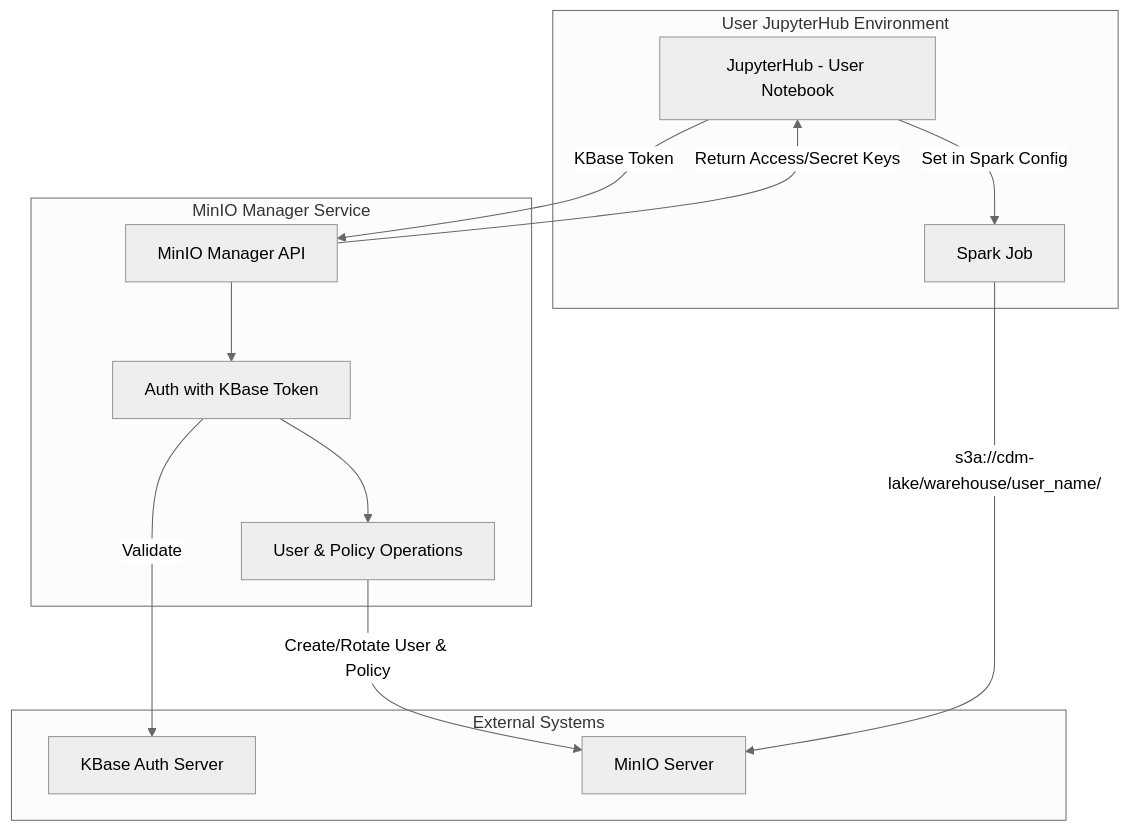
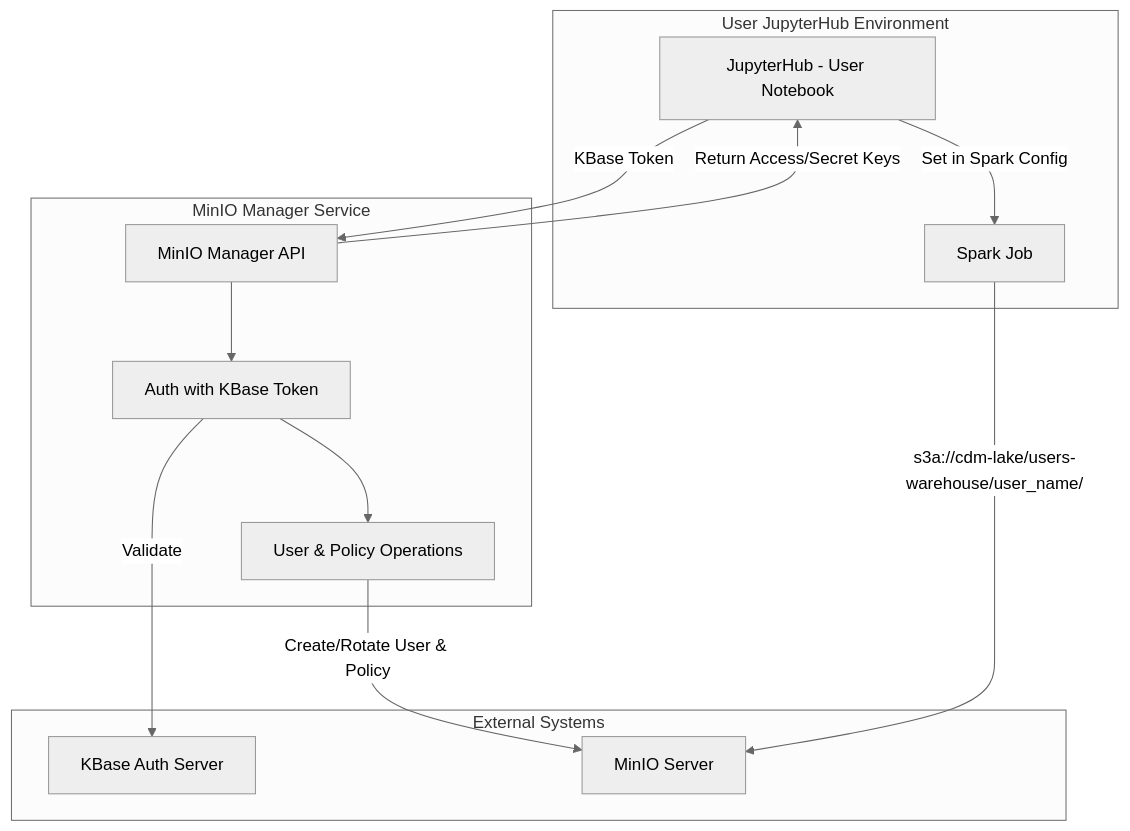
One commit to kbase/cdm-minio-service changed the diagram in docs/design.md. Above: the diagram before and after it, drawn with Mermaid (neutral theme). The commit also changed other lines of this file and 2 other files, not shown here.

Commit message:
using user/group-warehouse

````diff
--- a/docs/design.md
+++ b/docs/design.md
@@ -38,27 +38,27 @@
 ```mermaid
 flowchart TD
     subgraph User JupyterHub Environment
         JupyterHub[JupyterHub - User Notebook]
         SparkApp[Spark Job]
     end
 
     subgraph MinIO Manager Service
         API[MinIO Manager API]
         Auth[Auth with KBase Token]
         MinIOOps[User & Policy Operations]
     end
 
     subgraph External Systems
         KBase[KBase Auth Server]
         MinIO[MinIO Server]
     end
 
     JupyterHub -->|KBase Token| API
     API --> Auth
     Auth -->|Validate| KBase
     Auth --> MinIOOps
     MinIOOps -->|Create/Rotate User & Policy| MinIO
     API -->|Return Access/Secret Keys| JupyterHub
     JupyterHub -->|Set in Spark Config| SparkApp
-    SparkApp -->|s3a://cdm-lake/warehouse/user_name/| MinIO
+    SparkApp -->|s3a://cdm-lake/users-warehouse/user_name/| MinIO
 ```
````
